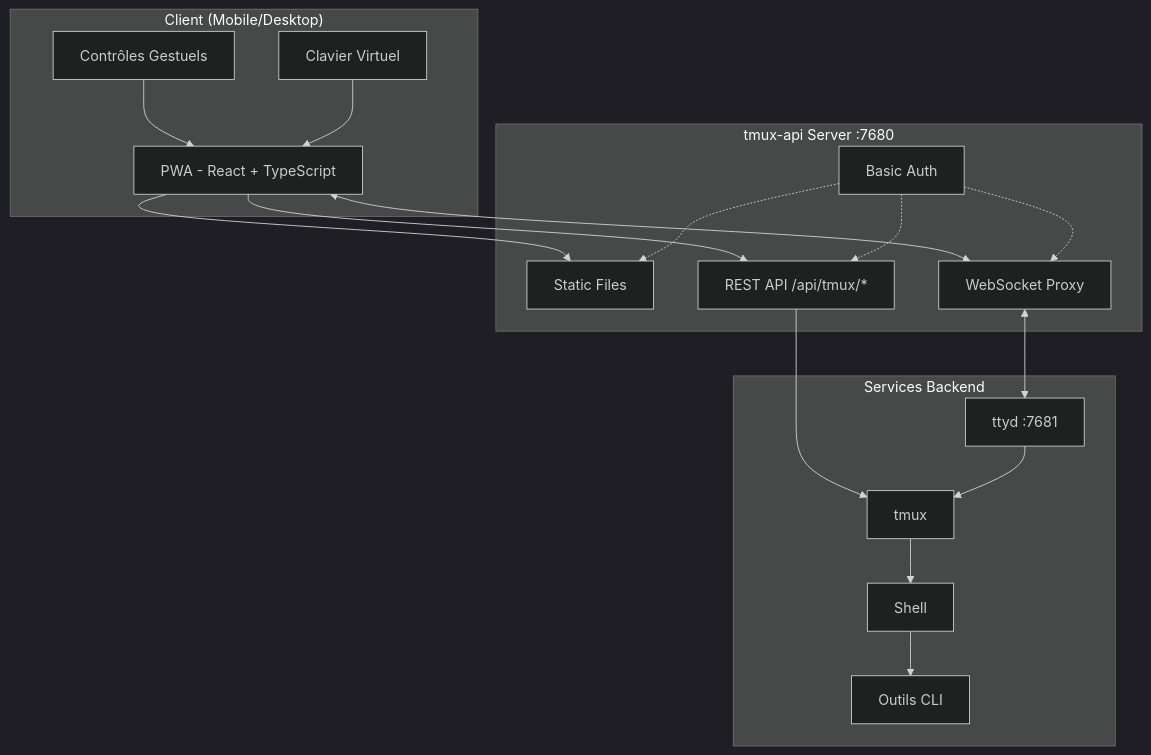
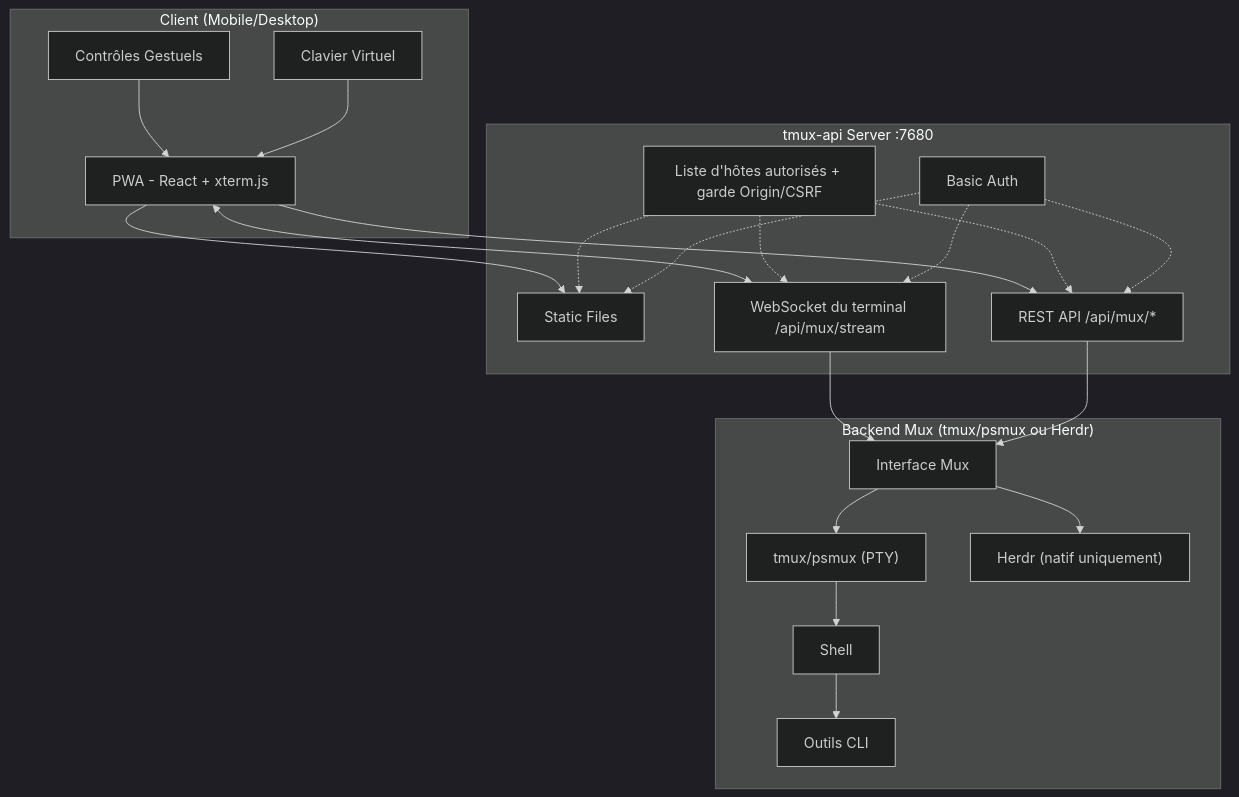
Before and after one commit to lamngockhuong/termote: the first of 2 diagrams in README.fr.md, drawn with Mermaid (dark theme). The commit also changed other lines of this file and 16 other files, not shown here.

````diff
--- a/README.fr.md
+++ b/README.fr.md
@@ -58,32 +59,36 @@
 ```mermaid
 flowchart TB
     subgraph Client["Client (Mobile/Desktop)"]
-        PWA["PWA - React + TypeScript"]
+        PWA["PWA - React + xterm.js"]
         Gestures["Contrôles Gestuels"]
         Keyboard["Clavier Virtuel"]
     end
 
     subgraph Server["tmux-api Server :7680"]
         Static["Static Files"]
-        Proxy["WebSocket Proxy"]
-        API["REST API /api/tmux/*"]
+        Stream["WebSocket du terminal /api/mux/stream"]
+        API["REST API /api/mux/*"]
+        Guard["Liste d'hôtes autorisés + garde Origin/CSRF"]
         Auth["Basic Auth"]
     end
 
-    subgraph Backend["Services Backend"]
-        ttyd["ttyd :7681"]
-        tmux["tmux"]
+    subgraph Backend["Backend Mux (tmux/psmux ou Herdr)"]
+        Mux["Interface Mux"]
+        tmux["tmux/psmux (PTY)"]
+        herdr["Herdr (natif uniquement)"]
         Shell["Shell"]
         Tools["Outils CLI"]
     end
 
     Gestures --> PWA
     Keyboard --> PWA
     PWA --> Static
-    PWA <--> Proxy
+    PWA <--> Stream
     PWA --> API
-    Auth -.-> Static & Proxy & API
-    Proxy <--> ttyd
-    API --> tmux
-    ttyd --> tmux --> Shell --> Tools
+    Guard -.-> Static & Stream & API
+    Auth -.-> Static & Stream & API
+    Stream --> Mux
+    API --> Mux
+    Mux --> tmux & herdr
+    tmux --> Shell --> Tools
 ```
````
